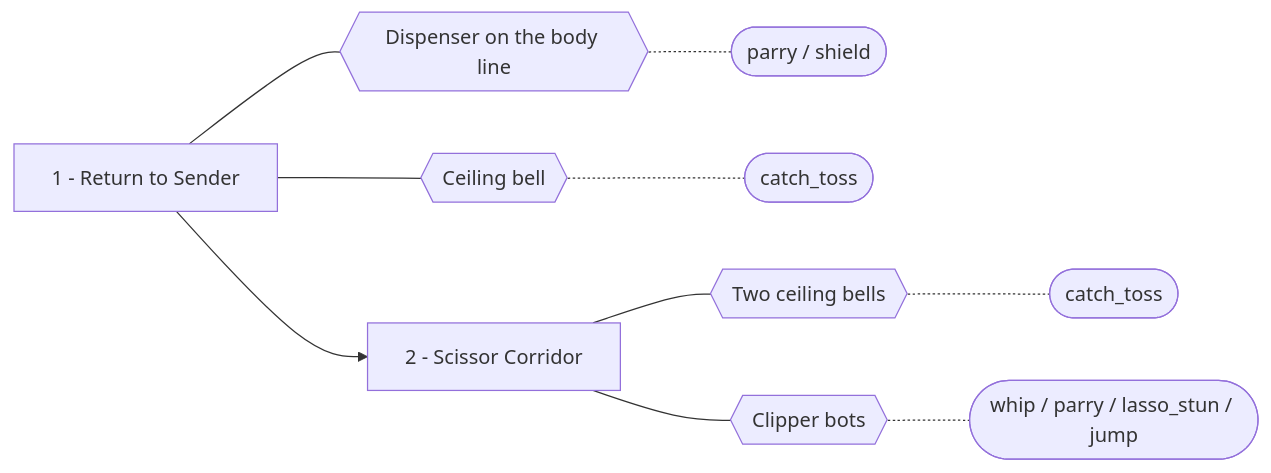
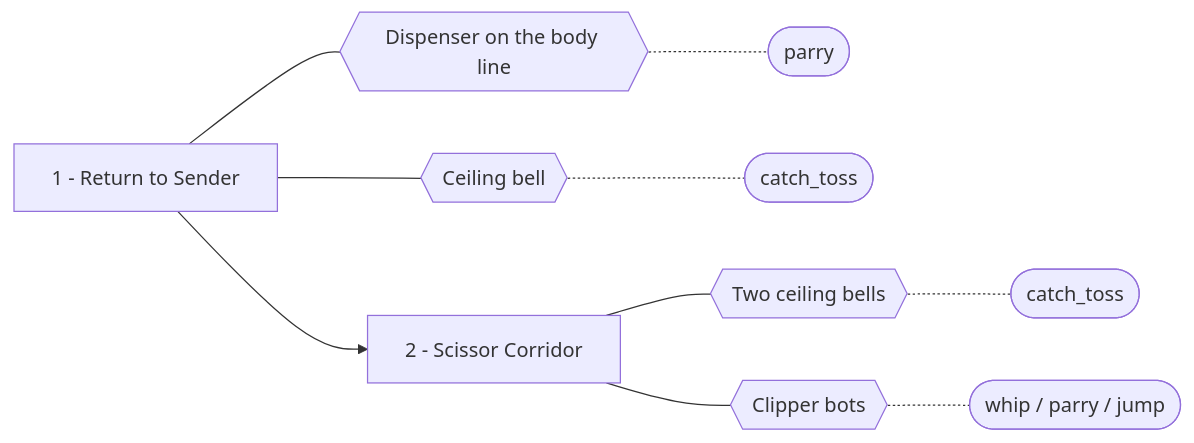
Before and after one commit to ZSYUYIIE/ohnomyhair: the second of 4 diagrams in docs/levels/gate_graph.md, drawn with Mermaid. The commit also changed other lines of this file and 75 other files, not shown here.

````diff
--- a/docs/levels/gate_graph.md
+++ b/docs/levels/gate_graph.md
@@ -46,14 +46,14 @@
 ```mermaid
 flowchart LR
   R0["1 - Return to Sender"]
   R0 --- G0_0{{"Dispenser on the body line"}}
-  G0_0 -.- V0_0(["parry / shield"])
+  G0_0 -.- V0_0(["parry"])
   R0 --- G0_1{{"Ceiling bell"}}
   G0_1 -.- V0_1(["catch_toss"])
   R1["2 - Scissor Corridor"]
   R0 --> R1
   R1 --- G1_0{{"Two ceiling bells"}}
   G1_0 -.- V1_0(["catch_toss"])
   R1 --- G1_1{{"Clipper bots"}}
-  G1_1 -.- V1_1(["whip / parry / lasso_stun / jump"])
+  G1_1 -.- V1_1(["whip / parry / jump"])
 ```
````
